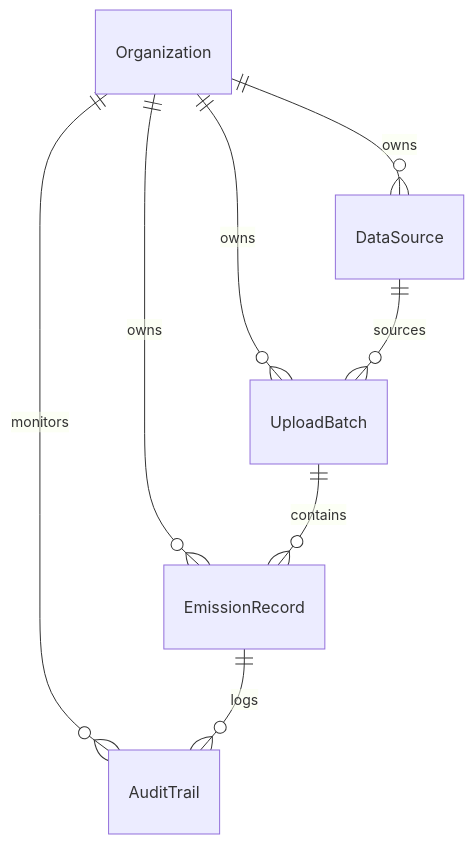
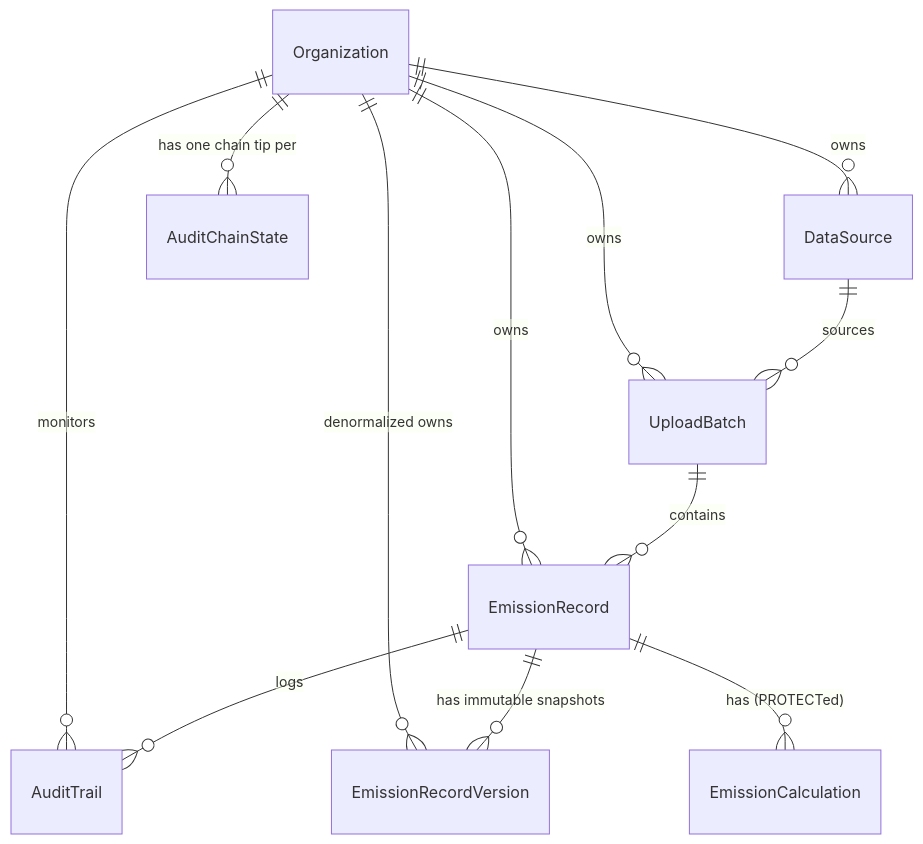
One commit to Utkarshum7/scopetrace-platform changed the diagram in docs/MODEL.md. Above: the diagram before and after it, drawn with Mermaid. The commit also changed other lines of this file, not shown here.

First line of the commit message:
Phase 6g.2: fix docs/MODEL.md's stale Phase 6 schema gap

````diff
--- a/docs/MODEL.md
+++ b/docs/MODEL.md
@@ -11,10 +11,14 @@
 ```mermaid
 erDiagram
     Organization ||--o{ DataSource : owns
     Organization ||--o{ UploadBatch : owns
     Organization ||--o{ EmissionRecord : owns
     Organization ||--o{ AuditTrail : monitors
+    Organization ||--o{ AuditChainState : "has one chain tip per"
+    Organization ||--o{ EmissionRecordVersion : "denormalized owns"
     DataSource ||--o{ UploadBatch : sources
     UploadBatch ||--o{ EmissionRecord : contains
     EmissionRecord ||--o{ AuditTrail : logs
+    EmissionRecord ||--o{ EmissionRecordVersion : "has immutable snapshots"
+    EmissionRecord ||--o{ EmissionCalculation : "has (PROTECTed)"
 ```
````
